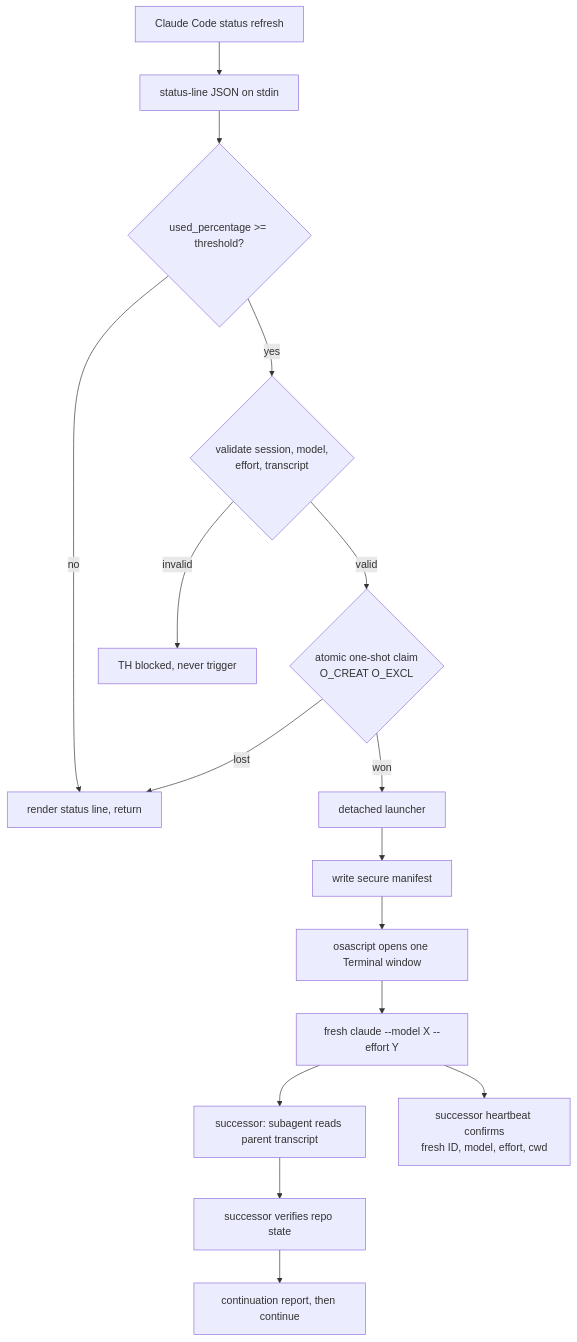
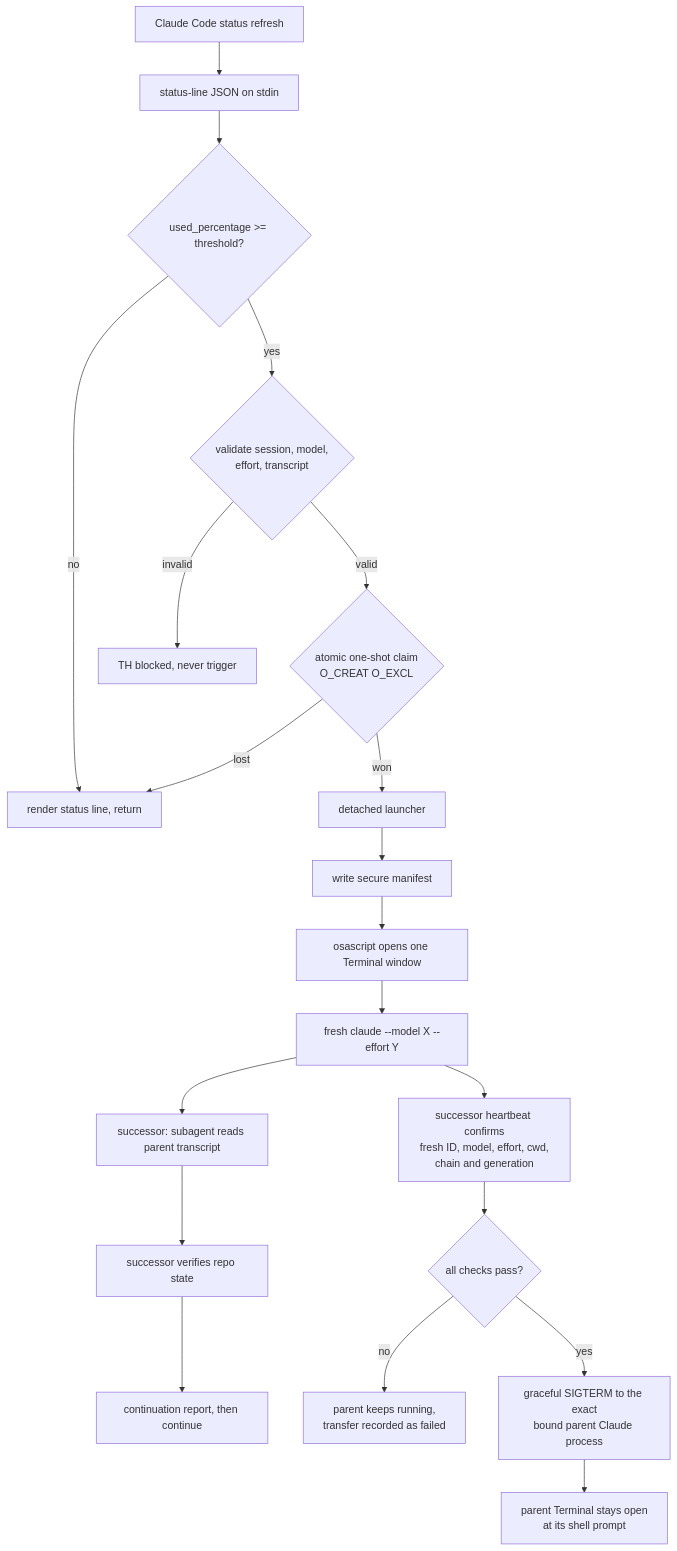
One commit to aegis-systemsv1/terminal-handoff changed the diagram in README.md. Above: the diagram before and after it, drawn with Mermaid. The commit also changed other lines of this file and 28 other files, not shown here.

````diff
--- a/README.md
+++ b/README.md
@@ -48,18 +49,22 @@
 ```mermaid
 flowchart TD
     A[Claude Code status refresh] --> B[status-line JSON on stdin]
     B --> C{used_percentage >= threshold?}
     C -- no --> D[render status line, return]
     C -- yes --> E{validate session, model,<br/>effort, transcript}
     E -- invalid --> F[TH blocked, never trigger]
     E -- valid --> G{atomic one-shot claim<br/>O_CREAT O_EXCL}
     G -- lost --> D
     G -- won --> H[detached launcher]
     H --> I[write secure manifest]
     I --> J[osascript opens one Terminal window]
     J --> K[fresh claude --model X --effort Y]
     K --> L[successor: subagent reads parent transcript]
     L --> M[successor verifies repo state]
     M --> N[continuation report, then continue]
-    K --> O[successor heartbeat confirms<br/>fresh ID, model, effort, cwd]
+    K --> O[successor heartbeat confirms<br/>fresh ID, model, effort, cwd,<br/>chain and generation]
+    O --> P{all checks pass?}
+    P -- no --> Q[parent keeps running,<br/>transfer recorded as failed]
+    P -- yes --> R[graceful SIGTERM to the exact<br/>bound parent Claude process]
+    R --> S[parent Terminal stays open<br/>at its shell prompt]
 ```
````
